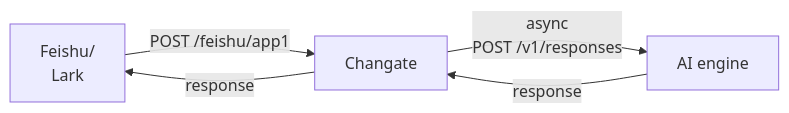
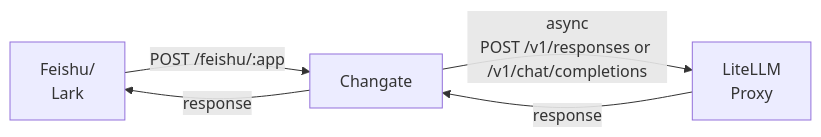
One commit to atompi/changate changed the diagram in README.md. Above: the diagram before and after it, drawn with Mermaid. The commit also changed other lines of this file and 16 other files, not shown here.

Commit message:
feat: 全面转向 LiteLLM

````diff
--- a/README.md
+++ b/README.md
@@ -9,10 +9,10 @@
 ```mermaid
 flowchart LR
     A["Feishu/<br/>Lark"]
     B["Changate"]
-	C["AI engine"]
-    A -->|POST /feishu/app1| B
+    C["LiteLLM<br/>Proxy"]
+    A -->|POST /feishu/:app| B
     B -->|response| A
-	B -->|async<br/>POST /v1/responses| C
-	C -->|response| B
+    B -->|async<br/>POST /v1/responses or /v1/chat/completions| C
+    C -->|response| B
 ```
````
